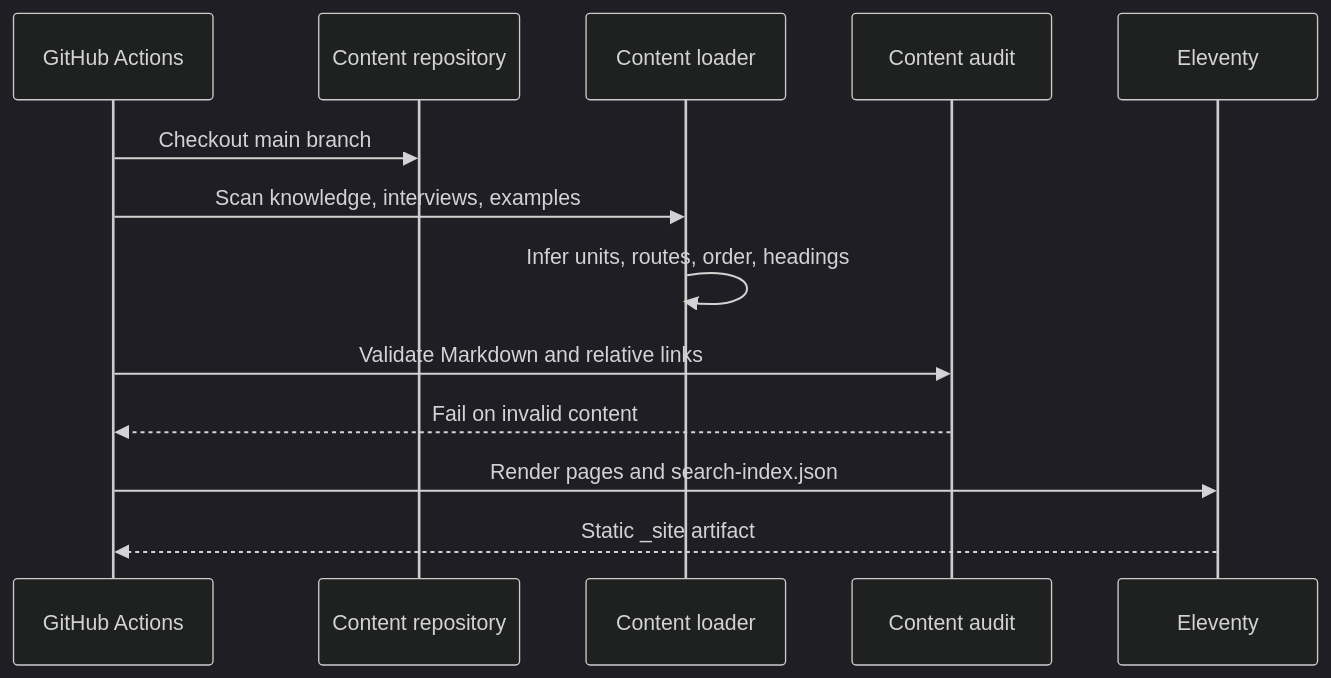
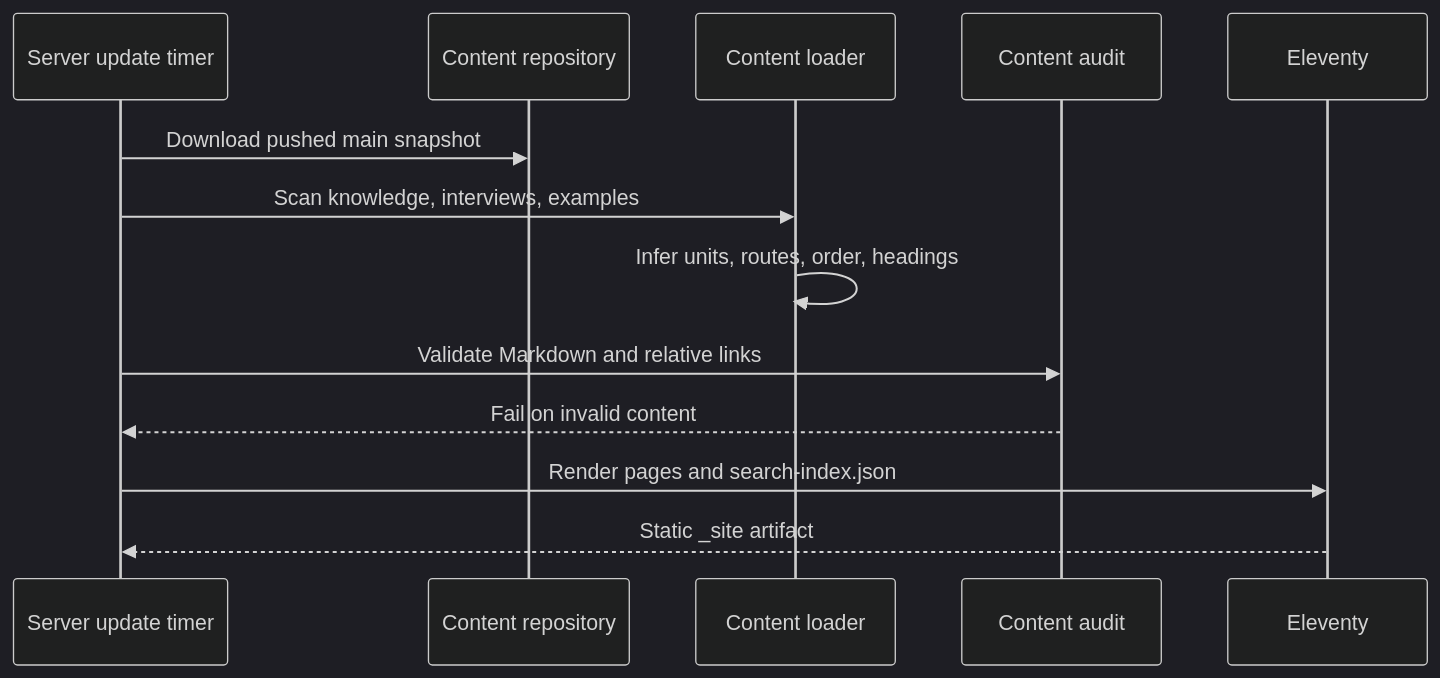
One commit to Game-Client-Knowledge/Web changed the second of 2 diagrams in docs/architecture.md. Above: the diagram before and after it, drawn with Mermaid (dark theme). The commit also changed other lines of this file and 2 other files, not shown here.

Commit message:
chore: 停用无用的GitHub Pages构建

````diff
--- a/docs/architecture.md
+++ b/docs/architecture.md
@@ -48,16 +48,16 @@
 ```mermaid
 sequenceDiagram
-    participant CI as GitHub Actions
+    participant CI as Server update timer
     participant Content as Content repository
     participant Loader as Content loader
     participant Audit as Content audit
     participant Site as Eleventy
 
-    CI->>Content: Checkout main branch
+    CI->>Content: Download pushed main snapshot
     CI->>Loader: Scan knowledge, interviews, examples
     Loader->>Loader: Infer units, routes, order, headings
     CI->>Audit: Validate Markdown and relative links
     Audit-->>CI: Fail on invalid content
     CI->>Site: Render pages and search-index.json
     Site-->>CI: Static _site artifact
 ```
````
